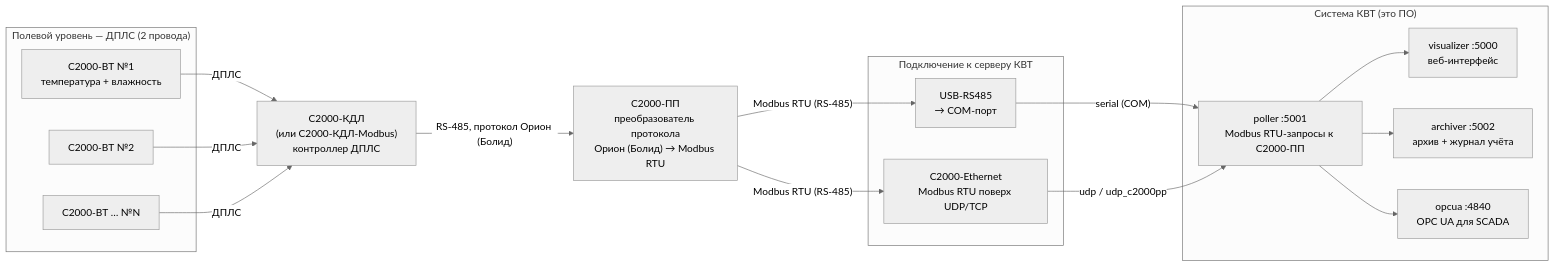
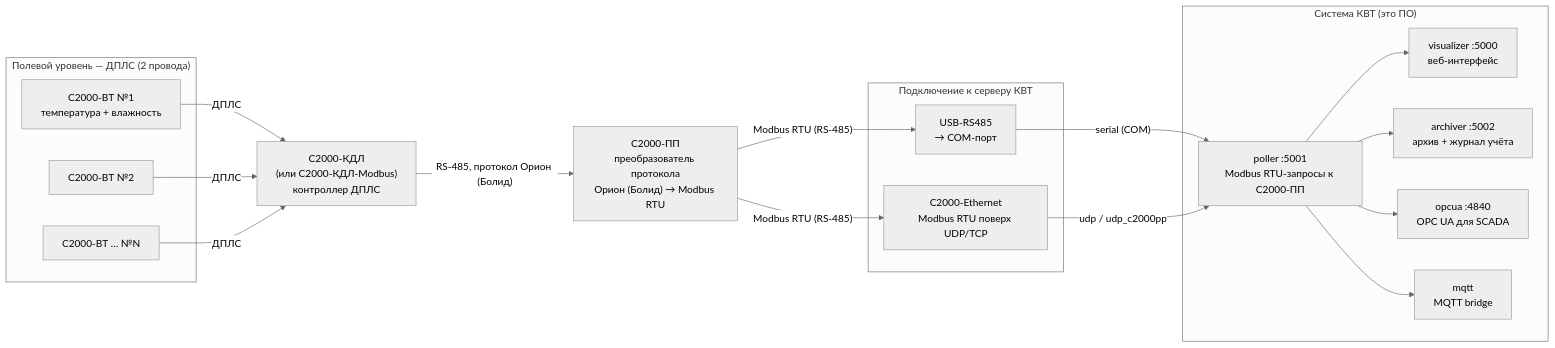
The diagram in README.md (goreliy/KVT-C), drawn with Mermaid (neutral theme) before and after one commit. The commit also changed other lines of this file and 15 other files, not shown here.

````diff
--- a/README.md
+++ b/README.md
@@ -18,37 +18,39 @@
 ```mermaid
 flowchart LR
     subgraph field["Полевой уровень — ДПЛС (2 провода)"]
         vt1["С2000-ВТ №1<br/>температура + влажность"]
         vt2["С2000-ВТ №2"]
         vtn["С2000-ВТ … №N"]
     end
 
     kdl["С2000-КДЛ<br/>(или С2000-КДЛ-Modbus)<br/>контроллер ДПЛС"]
     pp["С2000-ПП<br/>преобразователь протокола<br/>Орион (Болид) → Modbus RTU"]
 
     vt1 -->|ДПЛС| kdl
     vt2 -->|ДПЛС| kdl
     vtn -->|ДПЛС| kdl
     kdl -->|"RS-485, протокол Орион (Болид)"| pp
 
     subgraph pclink["Подключение к серверу КВТ"]
         usb["USB-RS485<br/>→ COM-порт"]
         eth["С2000-Ethernet<br/>Modbus RTU поверх UDP/TCP"]
     end
 
     pp -->|"Modbus RTU (RS-485)"| usb
     pp -->|"Modbus RTU (RS-485)"| eth
 
     subgraph kvt["Система КВТ (это ПО)"]
         poller["poller :5001<br/>Modbus RTU-запросы к С2000-ПП"]
         viz["visualizer :5000<br/>веб-интерфейс"]
         arch["archiver :5002<br/>архив + журнал учёта"]
         opc["opcua :4840<br/>OPC UA для SCADA"]
+        mqtt["mqtt<br/>MQTT bridge"]
     end
 
     usb -->|"serial (COM)"| poller
     eth -->|"udp / udp_c2000pp"| poller
     poller --> viz
     poller --> arch
     poller --> opc
+    poller --> mqtt
 ```
````
